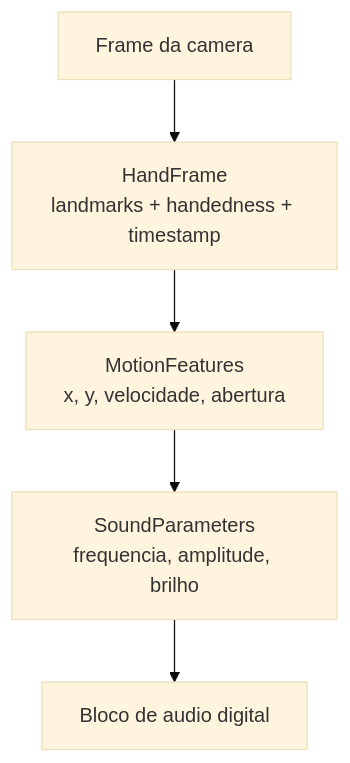
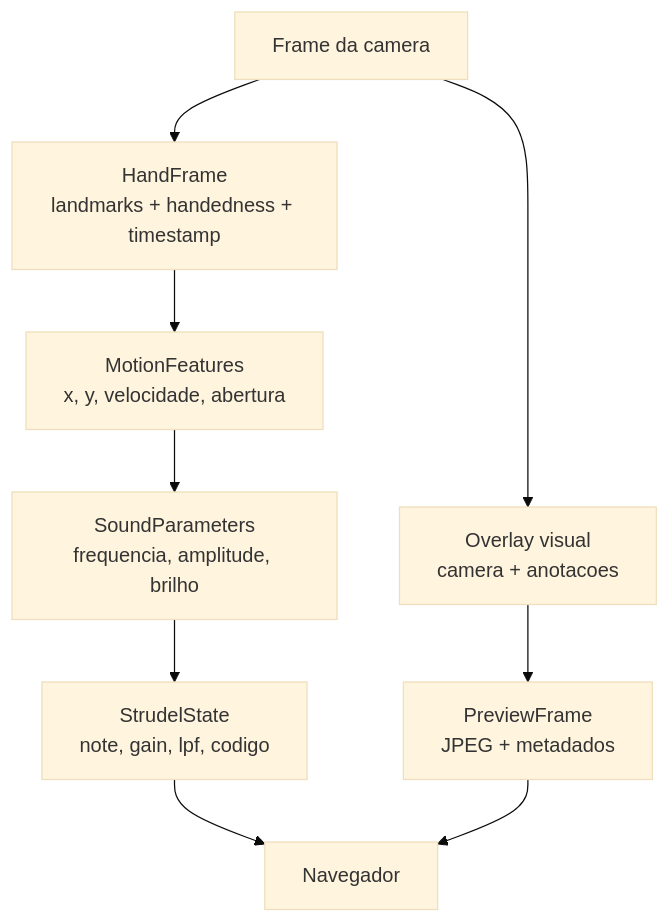
One commit to lavsouza/TCC changed the third of 3 diagrams in docs/architecture.md. Above: the diagram before and after it, drawn with Mermaid (base theme). The commit also changed other lines of this file and 27 other files, not shown here.

````diff
--- a/docs/architecture.md
+++ b/docs/architecture.md
@@ -90,7 +87,11 @@
 ```mermaid
 flowchart TD
     raw["Frame da camera"] --> hand["HandFrame<br/>landmarks + handedness + timestamp"]
     hand --> motion["MotionFeatures<br/>x, y, velocidade, abertura"]
     motion --> sound["SoundParameters<br/>frequencia, amplitude, brilho"]
-    sound --> audio["Bloco de audio digital"]
+    sound --> state["StrudelState<br/>note, gain, lpf, codigo"]
+    raw --> overlay["Overlay visual<br/>camera + anotacoes"]
+    overlay --> preview["PreviewFrame<br/>JPEG + metadados"]
+    state --> browser["Navegador"]
+    preview --> browser
 ```
````
